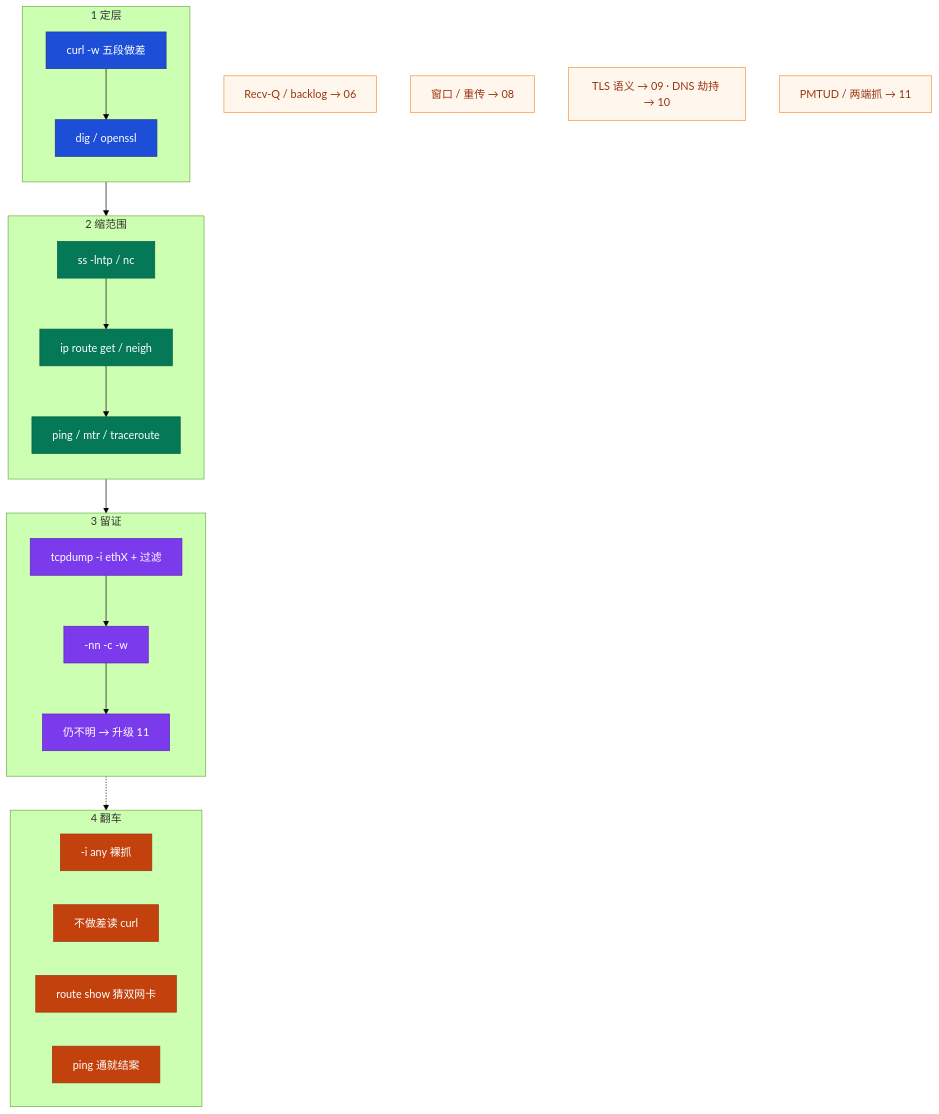
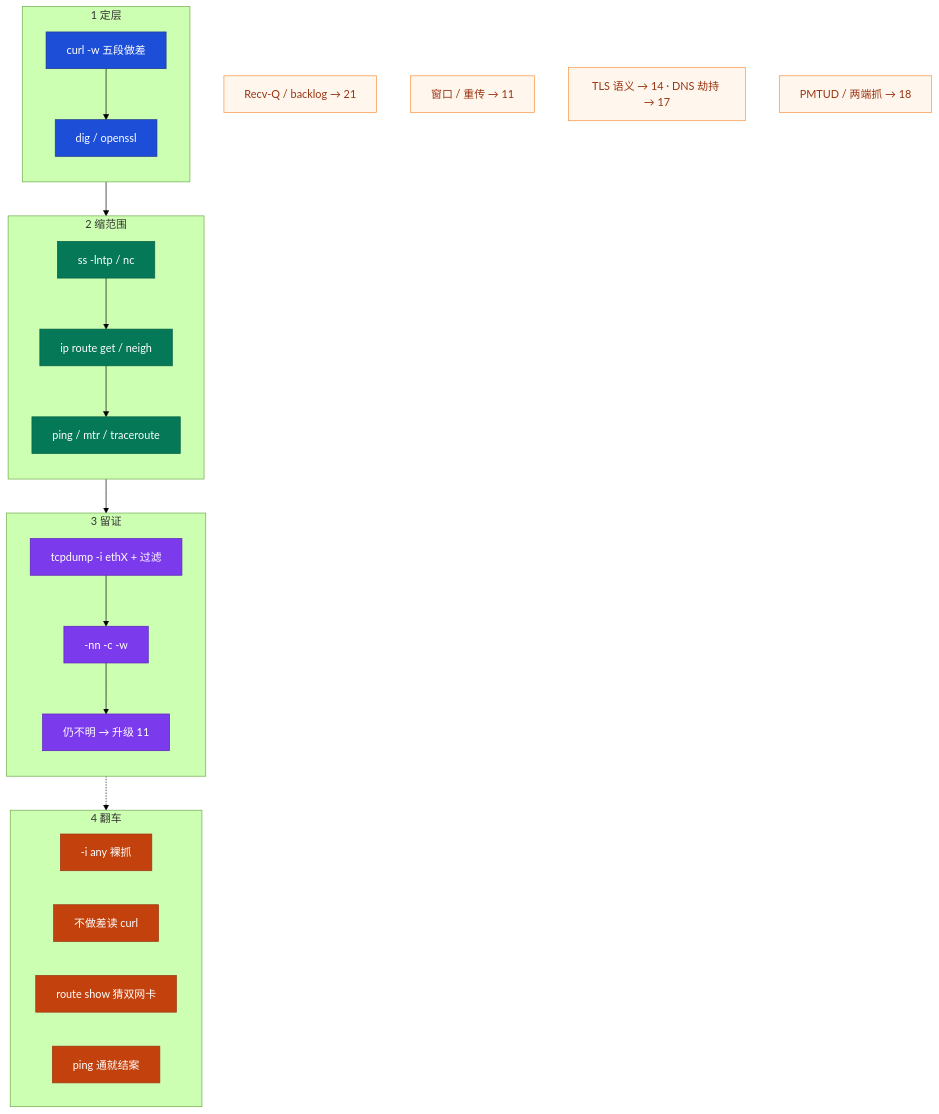
Before and after one commit to ml-cuizijun/LearnToLilith: the first of 3 diagrams in 01-基础底座/02-网络排查命令/知识点.md, drawn with Mermaid (forest theme). The commit also changed other lines of this file and 56 other files, not shown here.

````diff
--- a/01-基础底座/02-网络排查命令/知识点.md
+++ b/01-基础底座/02-网络排查命令/知识点.md
@@ -71,46 +71,46 @@
 ```mermaid
 flowchart TB
     classDef layer fill:#1D4ED8,stroke:#1E3A8A,color:#fff
     classDef scope fill:#047857,stroke:#065F46,color:#fff
     classDef proof fill:#7C3AED,stroke:#5B21B6,color:#fff
     classDef danger fill:#C2410C,stroke:#9A3412,color:#fff
     classDef note fill:#FFF7ED,stroke:#FB923C,color:#9A3412
 
     subgraph STEP1["1 定层"]
         direction TB
         C["curl -w 五段做差"] --> D["dig / openssl"]
     end
 
     subgraph STEP2["2 缩范围"]
         direction TB
         S1["ss -lntp / nc"] --> S2["ip route get / neigh"]
         S2 --> S3["ping / mtr / traceroute"]
     end
 
     subgraph STEP3["3 留证"]
         direction TB
         T1["tcpdump -i ethX + 过滤"] --> T2["-nn -c -w"]
         T2 --> T3["仍不明 → 升级 11"]
     end
 
     subgraph FAIL["4 翻车"]
         direction LR
         F1["-i any 裸抓"]
         F2["不做差读 curl"]
         F3["route show 猜双网卡"]
         F4["ping 通就结案"]
     end
 
     STEP1 --> STEP2 --> STEP3
     STEP3 -.-> FAIL
 
-    N1["Recv-Q / backlog → 06"]:::note
-    N2["窗口 / 重传 → 08"]:::note
-    N3["TLS 语义 → 09 · DNS 劫持 → 10"]:::note
-    N4["PMTUD / 两端抓 → 11"]:::note
+    N1["Recv-Q / backlog → 21"]:::note
+    N2["窗口 / 重传 → 11"]:::note
+    N3["TLS 语义 → 14 · DNS 劫持 → 17"]:::note
+    N4["PMTUD / 两端抓 → 18"]:::note
 
     class C,D layer
     class S1,S2,S3 scope
     class T1,T2,T3 proof
     class F1,F2,F3,F4 danger
 ```
````
